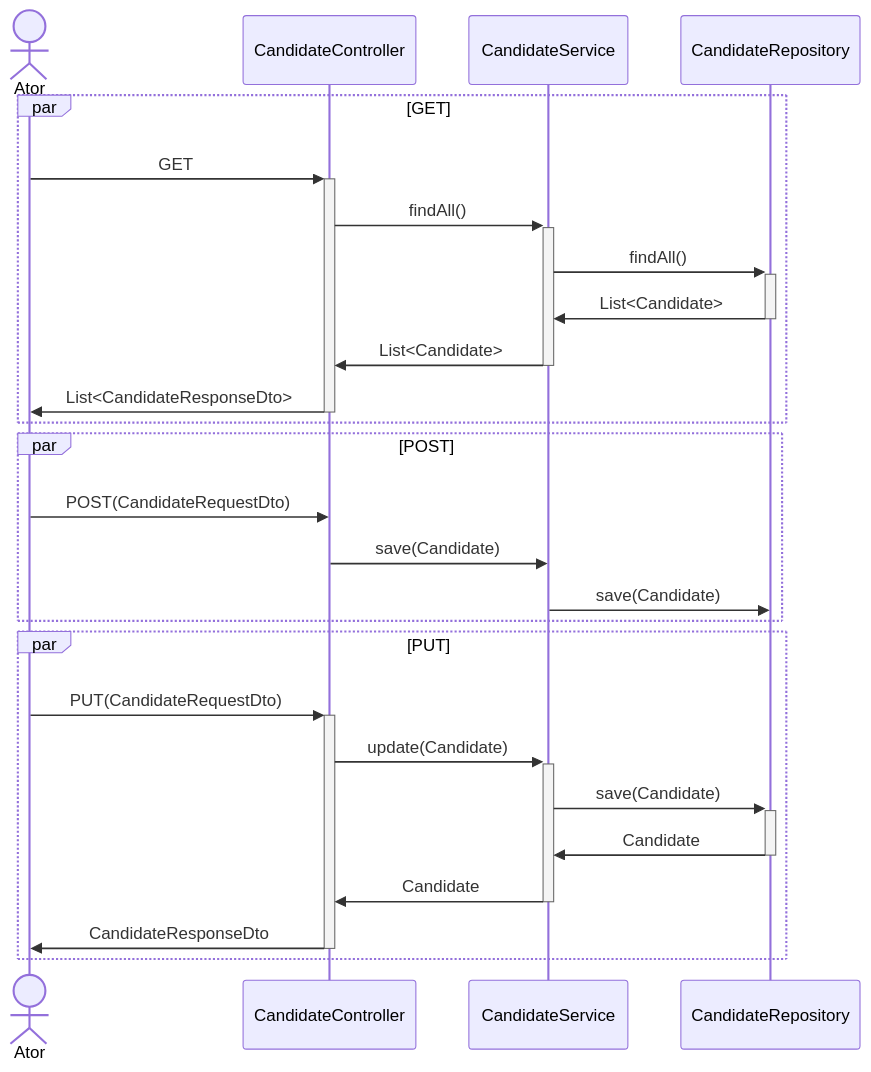
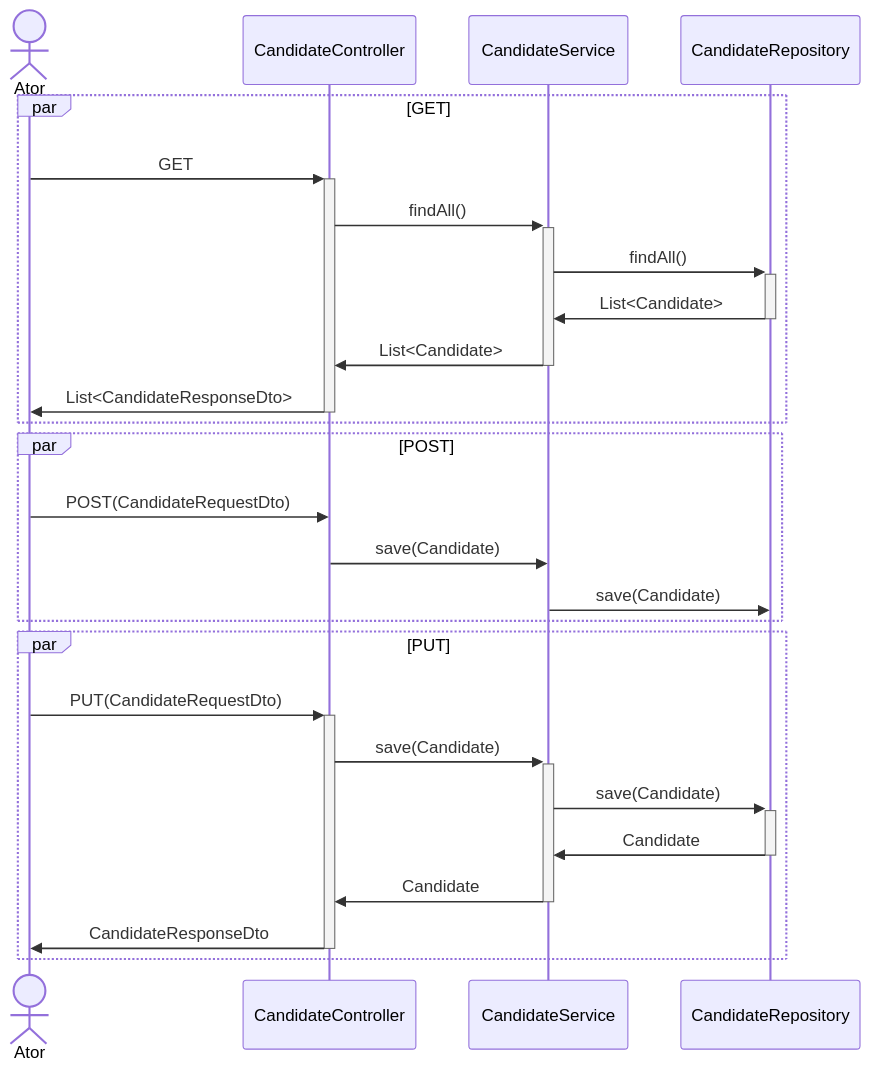
The fourth of 4 diagrams in README.md (alberto-yano/dio-lab-quarkus), drawn with Mermaid before and after one commit.

````diff
--- a/README.md
+++ b/README.md
@@ -159,28 +159,28 @@
 ```mermaid
 sequenceDiagram
     par GET
         actor Ator
         participant CandidateController
         participant CandidateService
         participant CandidateRepository
         Ator ->>+ CandidateController: GET
         CandidateController ->>+ CandidateService: findAll()
         CandidateService ->>+ CandidateRepository: findAll()
         CandidateRepository ->>- CandidateService: List<Candidate>
         CandidateService ->>- CandidateController: List<Candidate>
         CandidateController ->>- Ator: List<CandidateResponseDto>
     end
     par POST
         Ator ->> CandidateController: POST(CandidateRequestDto)
         CandidateController ->> CandidateService: save(Candidate)
         CandidateService ->> CandidateRepository: save(Candidate)
     end
     par PUT
         Ator ->>+ CandidateController: PUT(CandidateRequestDto)
-        CandidateController ->>+ CandidateService: update(Candidate)
+        CandidateController ->>+ CandidateService: save(Candidate)
         CandidateService ->>+ CandidateRepository: save(Candidate)
         CandidateRepository ->>- CandidateService: Candidate
         CandidateService ->>- CandidateController: Candidate
         CandidateController ->>- Ator: CandidateResponseDto
     end
 ```
````
